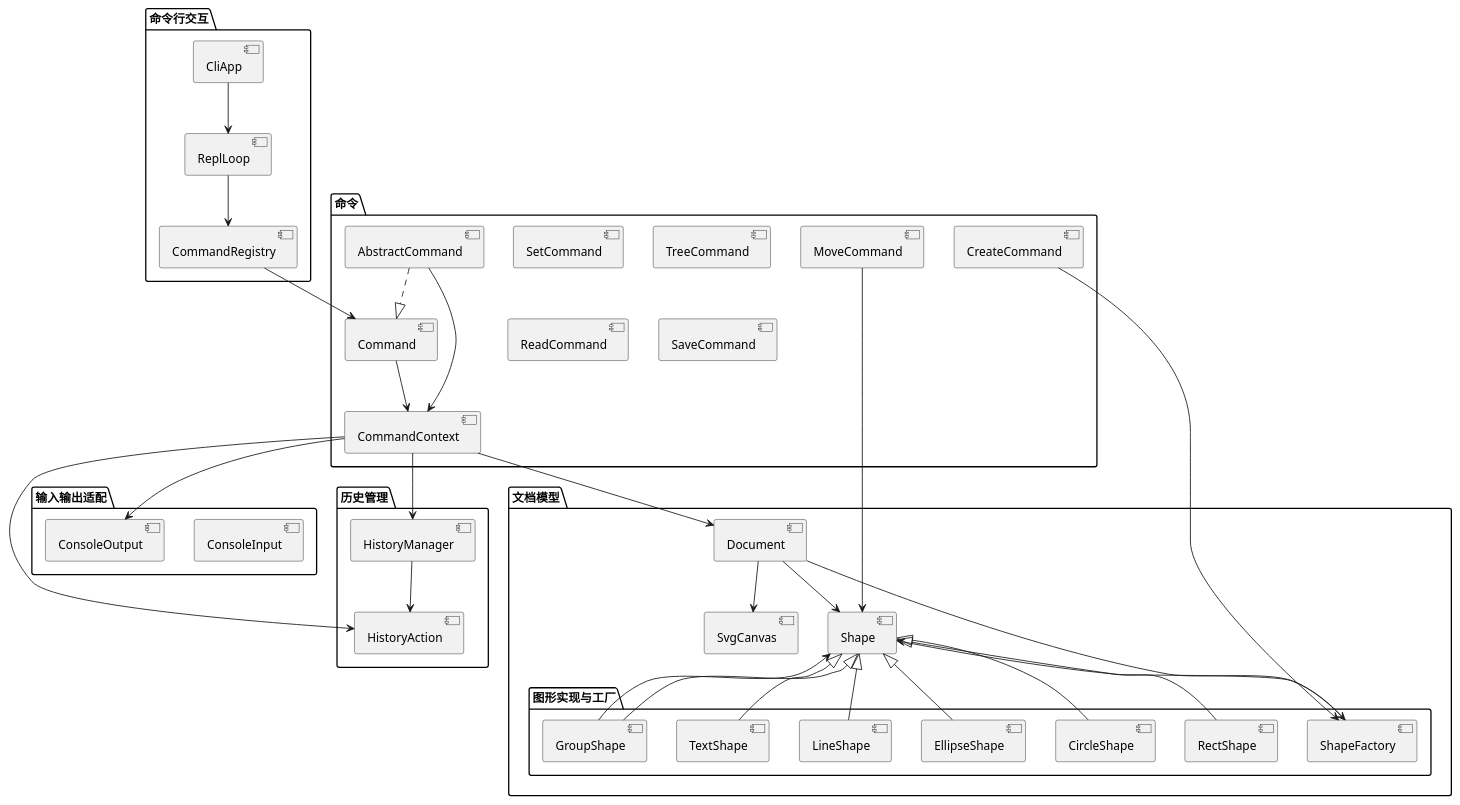
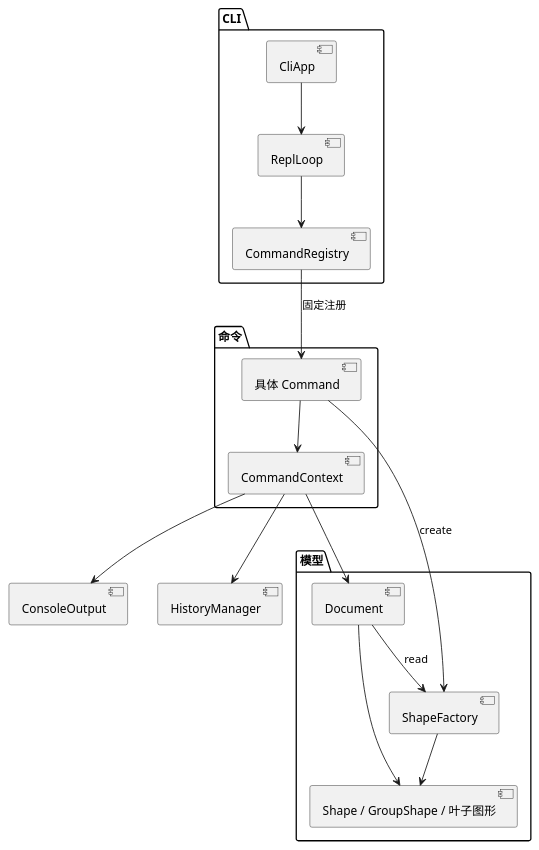
The first of 2 diagrams in doc/README.md (NinaZ65/sd-svg-lab), drawn with PlantUML before and after one commit. The commit also changed other lines of this file and 3 other files, not shown here.

````diff
--- a/doc/README.md
+++ b/doc/README.md
@@ -9,79 +22,29 @@
 ```plantuml
 @startuml
-package "命令行交互" as cli {
+package "CLI" {
   [CliApp]
   [ReplLoop]
   [CommandRegistry]
 }
-
-package "命令" as commands {
-  [Command]
+package "命令" {
+  [具体 Command]
   [CommandContext]
-  [AbstractCommand]
-  [CreateCommand]
-  [MoveCommand]
-  [SetCommand]
-  [TreeCommand]
-  [ReadCommand]
-  [SaveCommand]
 }
-
-package "文档模型" as model {
+package "模型" {
   [Document]
-  [Shape]
-  [SvgCanvas]
-
-  package "图形实现与工厂" as shapes {
-    [RectShape]
-    [CircleShape]
-    [EllipseShape]
-    [LineShape]
-    [TextShape]
-    [GroupShape]
-    [ShapeFactory]
-  }
+  [ShapeFactory]
+  [Shape / GroupShape / 叶子图形]
 }
-
-package "历史管理" as history {
-  [HistoryManager]
-  [HistoryAction]
-}
-
-package "输入输出适配" as io {
-  [ConsoleInput]
-  [ConsoleOutput]
-}
-
-CliApp --> ReplLoop
-ReplLoop --> CommandRegistry
-CommandRegistry --> Command
-
-AbstractCommand ..|> Command
-Command --> CommandContext
-AbstractCommand --> CommandContext
-
-CommandContext --> Document
-CommandContext --> HistoryManager
-CommandContext --> ConsoleOutput
-
-Document --> Shape
-Document --> SvgCanvas
-Document --> ShapeFactory
-
-CreateCommand --> ShapeFactory
-MoveCommand --> Shape
-
-HistoryManager --> HistoryAction
-CommandContext --> HistoryAction
-
-Shape <|-- GroupShape
-Shape <|-- RectShape
-Shape <|-- CircleShape
-Shape <|-- EllipseShape
-Shape <|-- LineShape
-Shape <|-- TextShape
-
-ShapeFactory --> Shape
-GroupShape --> Shape
+[CliApp] --> [ReplLoop]
+[ReplLoop] --> [CommandRegistry]
+[CommandRegistry] --> [具体 Command] : 固定注册
+[具体 Command] --> [CommandContext]
+[CommandContext] --> [Document]
+[CommandContext] --> [HistoryManager]
+[CommandContext] --> [ConsoleOutput]
+[具体 Command] --> [ShapeFactory] : create
+[Document] --> [ShapeFactory] : read
+[ShapeFactory] --> [Shape / GroupShape / 叶子图形]
+[Document] --> [Shape / GroupShape / 叶子图形]
 @enduml
 ```
````
